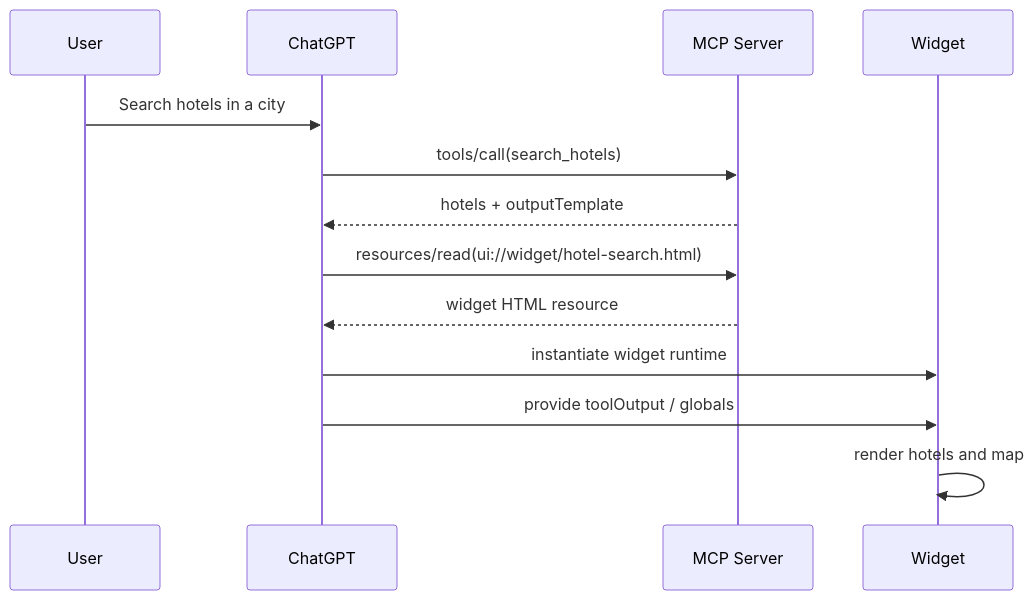
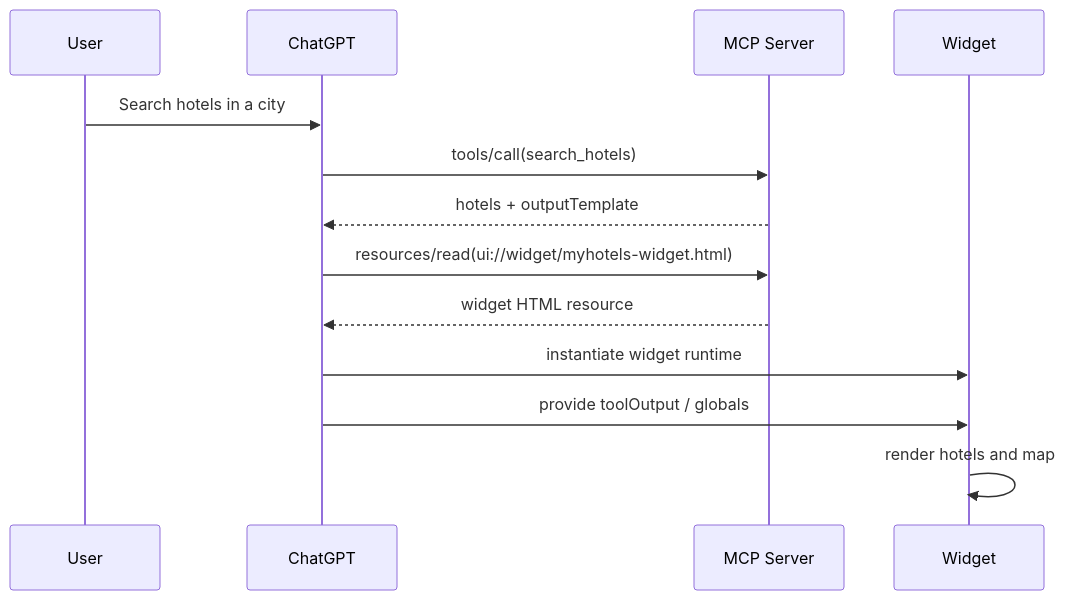
Before and after one commit to carbonefederico/ai-myhotels-chatgpt-app: the second of 4 diagrams in README.md, drawn with Mermaid. The commit also changed other lines of this file and 6 other files, not shown here.

````diff
--- a/README.md
+++ b/README.md
@@ -242,16 +242,16 @@
 ```mermaid
 sequenceDiagram
     participant U as User
     participant CG as ChatGPT
     participant MCP as MCP Server
     participant W as Widget
 
     U->>CG: Search hotels in a city
     CG->>MCP: tools/call(search_hotels)
     MCP-->>CG: hotels + outputTemplate
-    CG->>MCP: resources/read(ui://widget/hotel-search.html)
+    CG->>MCP: resources/read(ui://widget/myhotels-widget.html)
     MCP-->>CG: widget HTML resource
     CG->>W: instantiate widget runtime
     CG->>W: provide toolOutput / globals
     W->>W: render hotels and map
 ```
````
